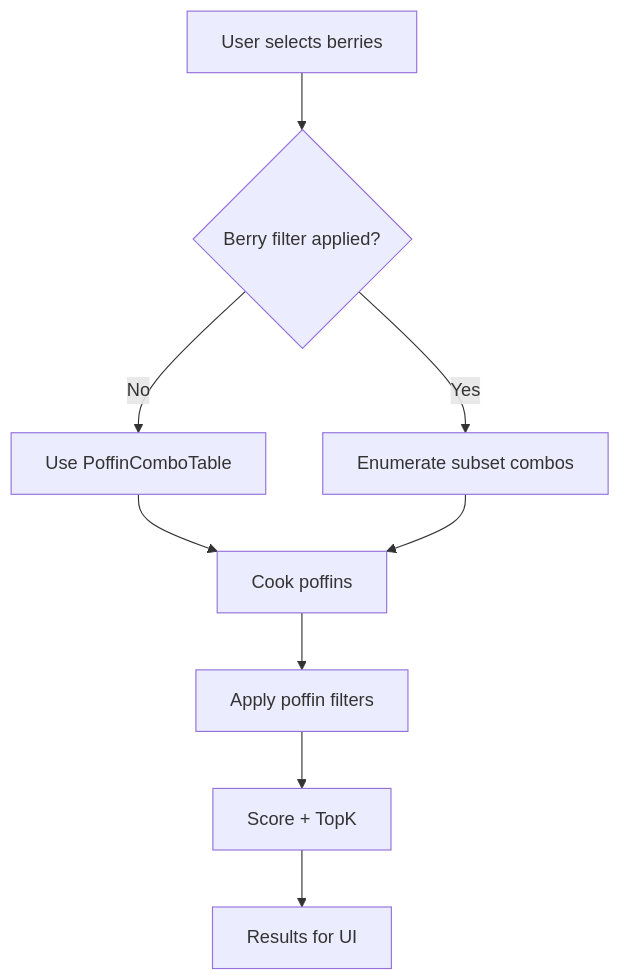
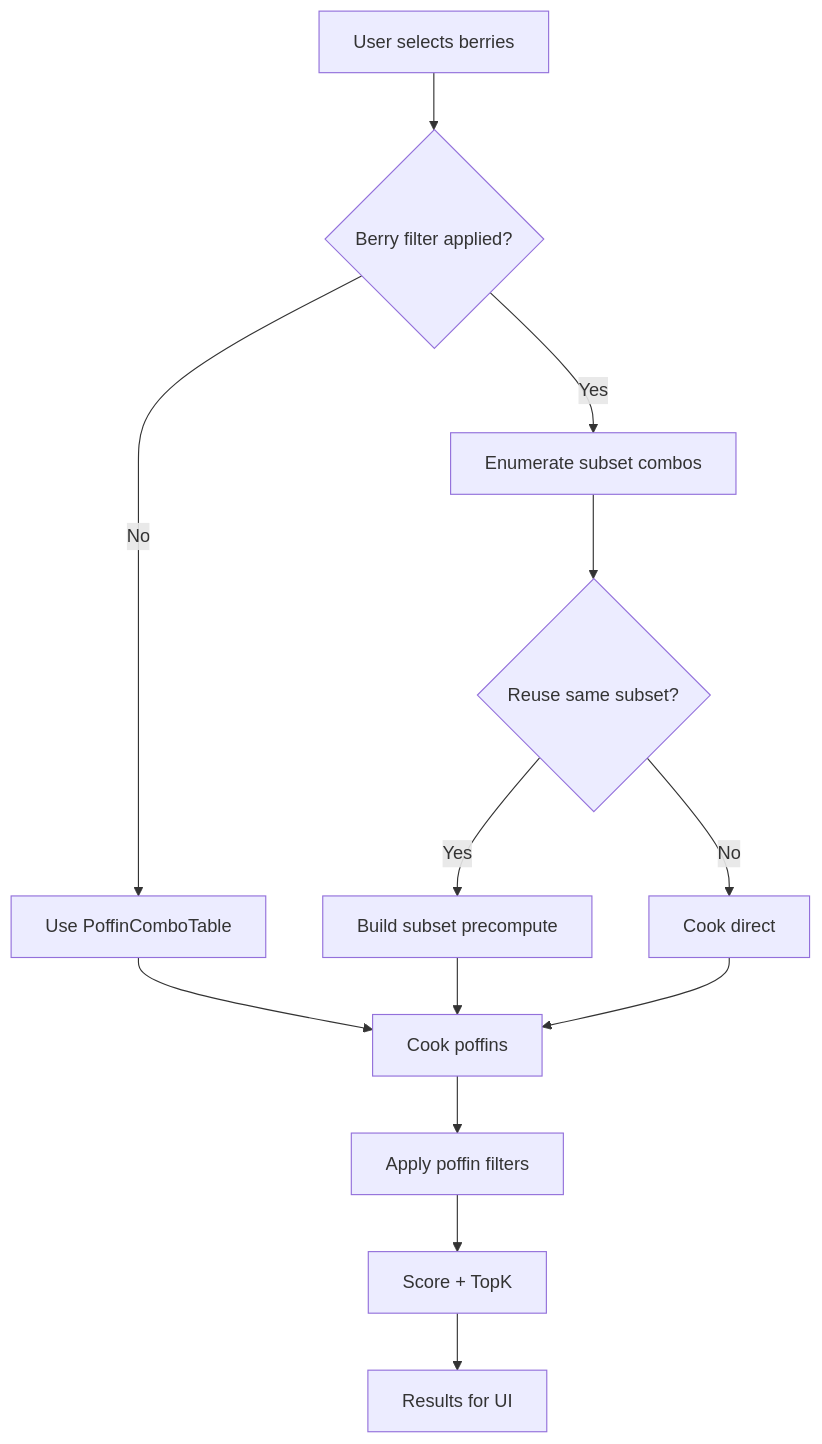
Before and after one commit to GlassToeStudio/BDSP: the third of 4 diagrams in docs/Berries.Diagrams.md, drawn with Mermaid. The commit also changed 5 other files, not shown here.

First line of the commit message:
Update docs and diagrams with guidance on subset precompute + added the subset crossover benchmarks and workflow visuals.

````diff
--- a/docs/Berries.Diagrams.md
+++ b/docs/Berries.Diagrams.md
@@ -238,11 +238,15 @@
 ```mermaid
 flowchart TD
     A[User selects berries] --> B{Berry filter applied?}
     B -- No --> C[Use PoffinComboTable]
     B -- Yes --> D[Enumerate subset combos]
+    D --> D2{Reuse same subset?}
+    D2 -- Yes --> D3[Build subset precompute]
+    D2 -- No --> D4[Cook direct]
     C --> E[Cook poffins]
-    D --> E[Cook poffins]
+    D3 --> E[Cook poffins]
+    D4 --> E[Cook poffins]
     E --> F[Apply poffin filters]
     F --> G[Score + TopK]
     G --> H[Results for UI]
 ```
````
